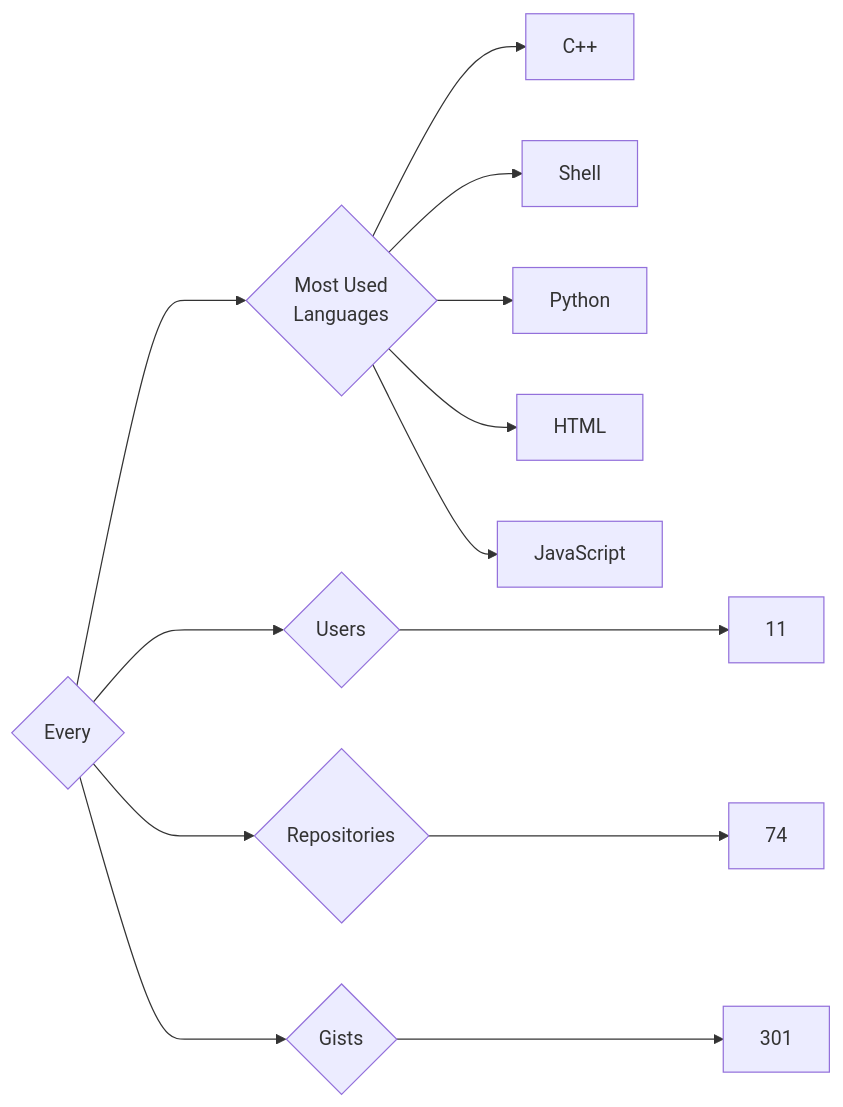
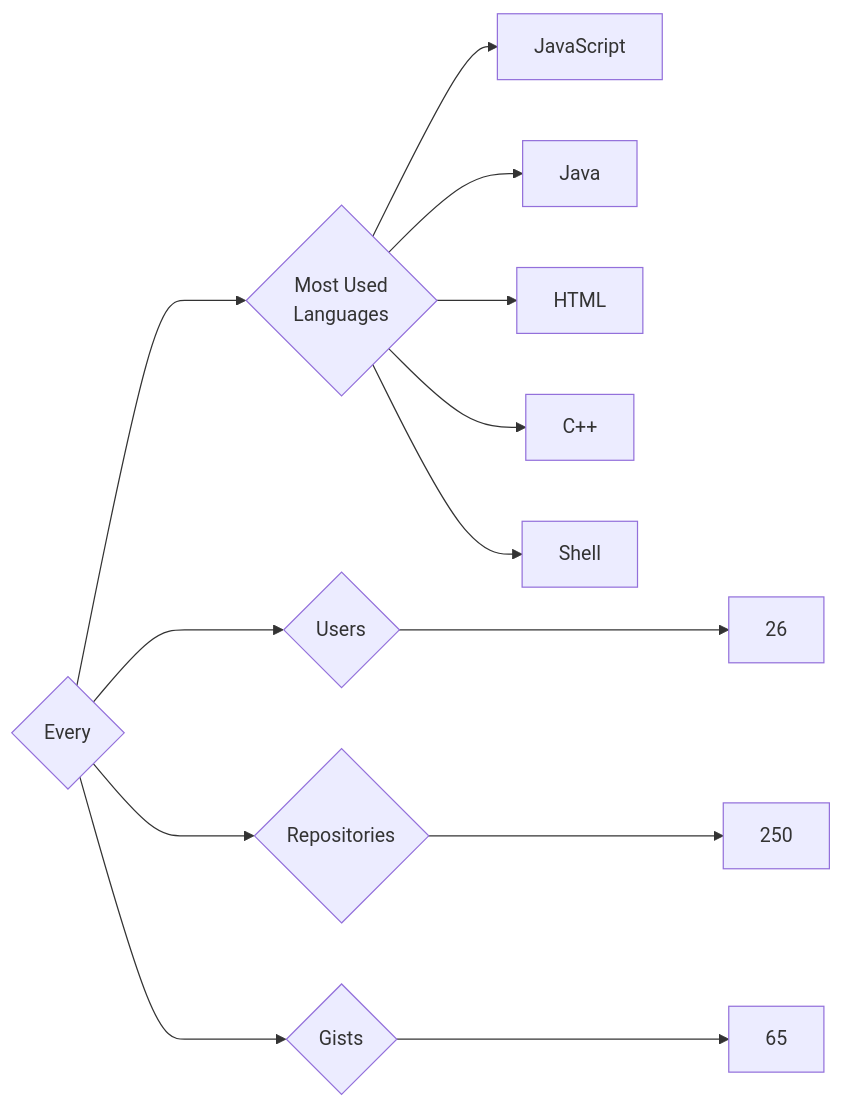
One commit to trickest/insiders changed the diagram in targets/Every/README.md. Above: the diagram before and after it, drawn with Mermaid. The commit also changed 927 other files, not shown here.

````diff
--- a/targets/Every/README.md
+++ b/targets/Every/README.md
@@ -3,13 +3,13 @@
 ```mermaid
 graph LR
 COMPANY_NAME{Every}
-COMPANY_NAME ---> U{Users} ---> UN[11]
-COMPANY_NAME ---> R{Repositories} ---> RN[74]
-COMPANY_NAME ---> G{Gists} ---> GN[301]
+COMPANY_NAME ---> U{Users} ---> UN[26]
+COMPANY_NAME ---> R{Repositories} ---> RN[250]
+COMPANY_NAME ---> G{Gists} ---> GN[65]
 COMPANY_NAME ---> ML{Most Used<br>Languages}
+ML --> JavaScript[JavaScript]
+ML --> Java[Java]
+ML --> HTML[HTML]
 ML --> C++[C++]
 ML --> Shell[Shell]
-ML --> Python[Python]
-ML --> HTML[HTML]
-ML --> JavaScript[JavaScript]
 ```
````
